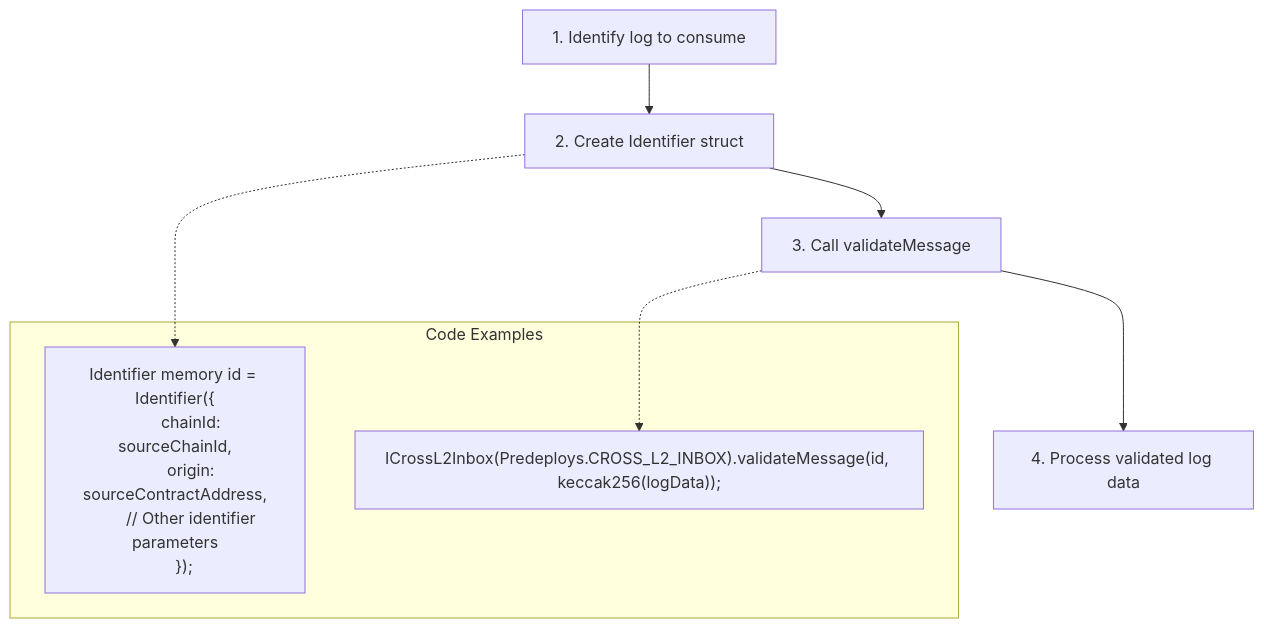
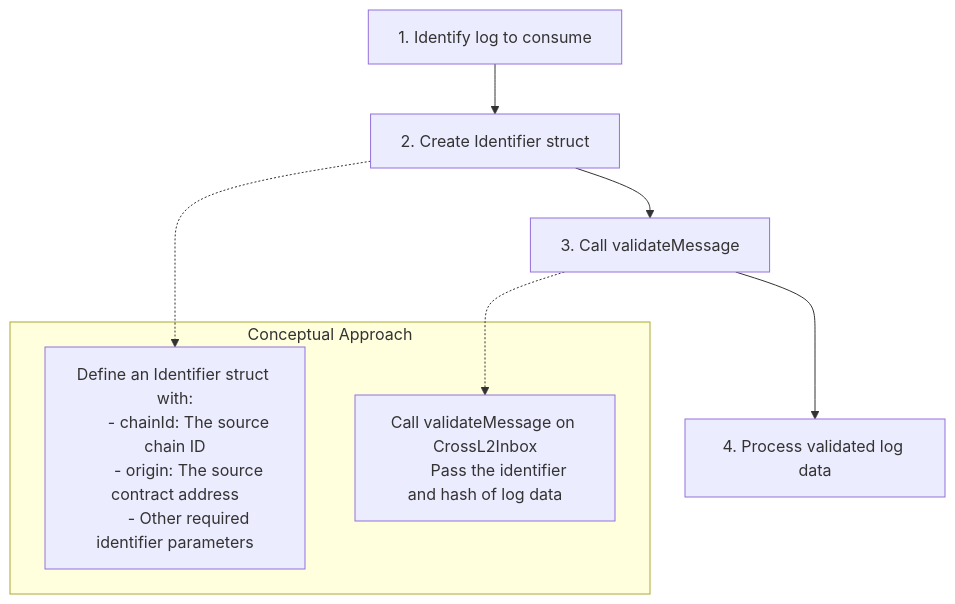
One commit to ethereum-optimism/docs changed the third of 4 diagrams in pages/stack/interop/reading-logs.mdx. Above: the diagram before and after it, drawn with Mermaid. The commit also changed other lines of this file, not shown here.

````diff
--- a/pages/stack/interop/reading-logs.mdx
+++ b/pages/stack/interop/reading-logs.mdx
@@ -162,19 +144,19 @@
 ```mermaid
 flowchart TD
     A[1. Identify log to consume] --> B[2. Create Identifier struct]
     B --> C[3. Call validateMessage]
     C --> D[4. Process validated log data]
     
-    subgraph "Code Examples"
-    E["Identifier memory id = Identifier({
-        chainId: sourceChainId,
-        origin: sourceContractAddress,
-        // Other identifier parameters
-    });"]
+    subgraph "Conceptual Approach"
+    E["Define an Identifier struct with:
+       - chainId: The source chain ID
+       - origin: The source contract address
+       - Other required identifier parameters"]
     
-    F["ICrossL2Inbox(Predeploys.CROSS_L2_INBOX).validateMessage(id, keccak256(logData));"]
+    F["Call validateMessage on CrossL2Inbox
+       Pass the identifier and hash of log data"]
     end
     
     B -.-> E
     C -.-> F
 ```
````
